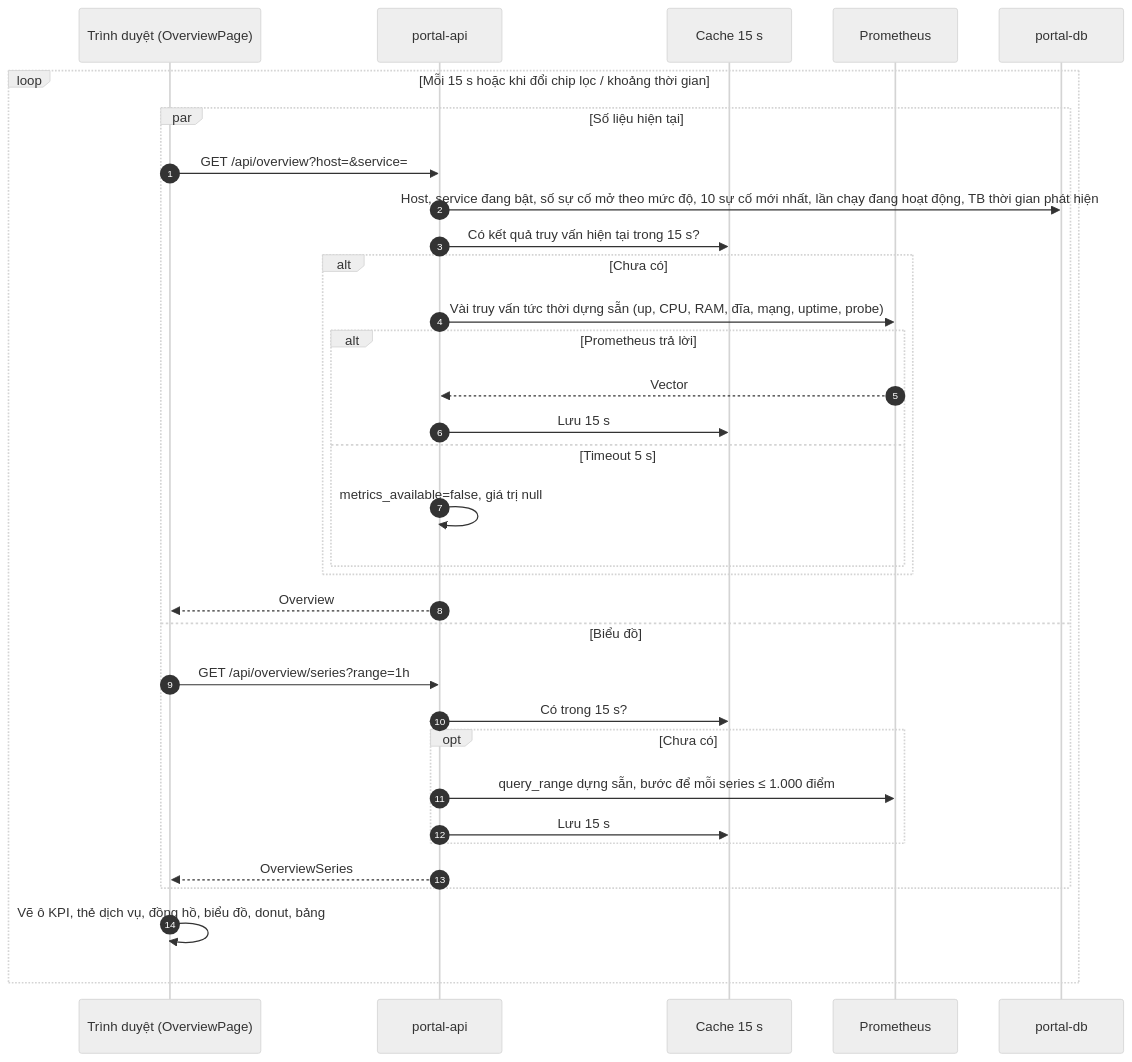
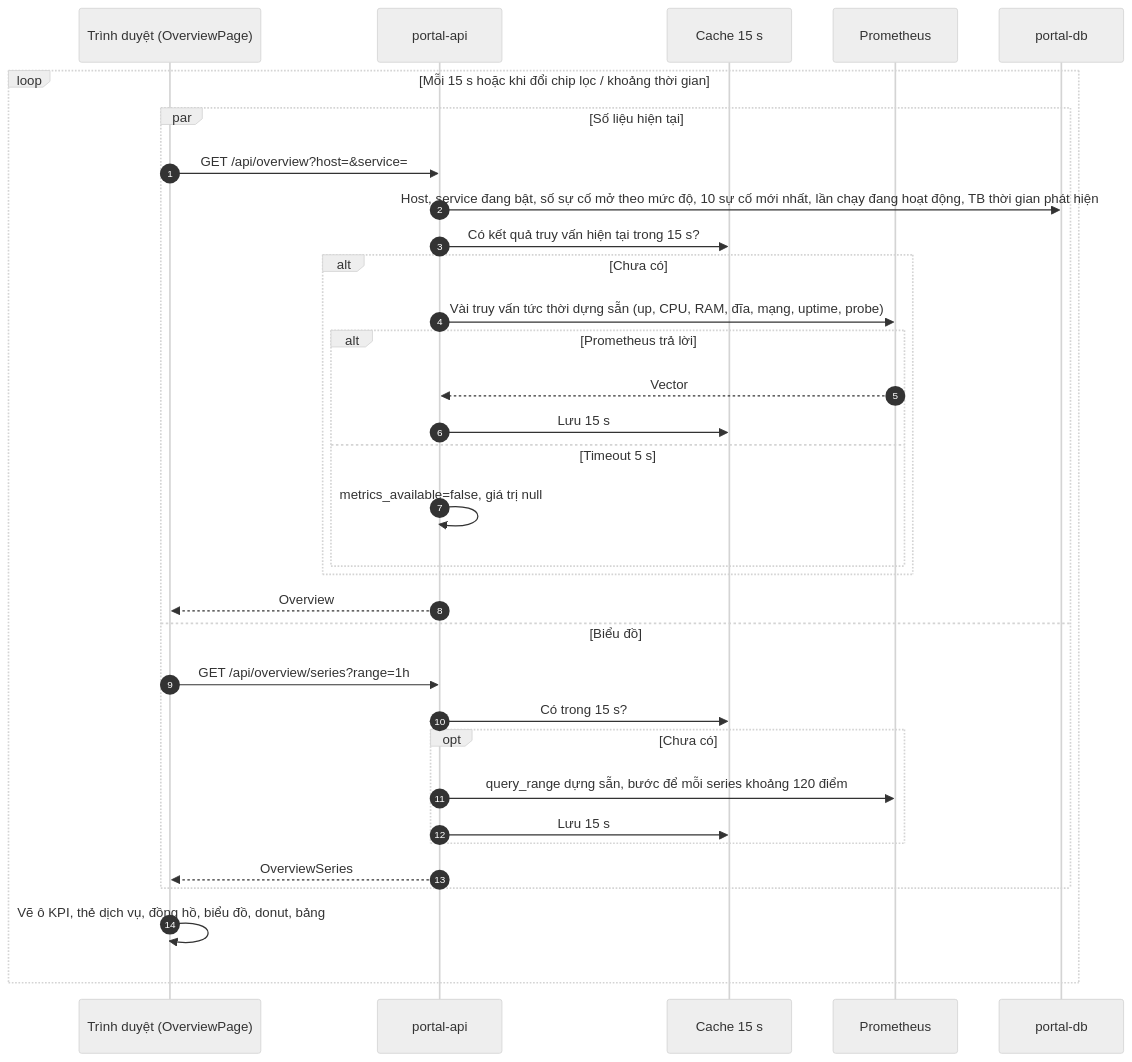
The fourth of 6 diagrams in docs/02-thiet-ke/so-do-tuan-tu.md (DT0712/uth-n47-observability), drawn with Mermaid (neutral theme) before and after one commit. The commit also changed 36 other files, not shown here.

````diff
--- a/docs/02-thiet-ke/so-do-tuan-tu.md
+++ b/docs/02-thiet-ke/so-do-tuan-tu.md
@@ -160,36 +160,36 @@
 ```mermaid
 sequenceDiagram
   autonumber
   participant FE as Trình duyệt (OverviewPage)
   participant API as portal-api
   participant C as Cache 15 s
   participant P as Prometheus
   participant DB as portal-db
 
   loop Mỗi 15 s hoặc khi đổi chip lọc / khoảng thời gian
     par Số liệu hiện tại
       FE->>API: GET /api/overview?host=&service=
       API->>DB: Host, service đang bật, số sự cố mở theo mức độ, 10 sự cố mới nhất, lần chạy đang hoạt động, TB thời gian phát hiện
       API->>C: Có kết quả truy vấn hiện tại trong 15 s?
       alt Chưa có
         API->>P: Vài truy vấn tức thời dựng sẵn (up, CPU, RAM, đĩa, mạng, uptime, probe)
         alt Prometheus trả lời
           P-->>API: Vector
           API->>C: Lưu 15 s
         else Timeout 5 s
           API->>API: metrics_available=false, giá trị null
         end
       end
       API-->>FE: Overview
     and Biểu đồ
       FE->>API: GET /api/overview/series?range=1h
       API->>C: Có trong 15 s?
       opt Chưa có
-        API->>P: query_range dựng sẵn, bước để mỗi series ≤ 1.000 điểm
+        API->>P: query_range dựng sẵn, bước để mỗi series khoảng 120 điểm
         API->>C: Lưu 15 s
       end
       API-->>FE: OverviewSeries
     end
     FE->>FE: Vẽ ô KPI, thẻ dịch vụ, đồng hồ, biểu đồ, donut, bảng
   end
 ```
````
